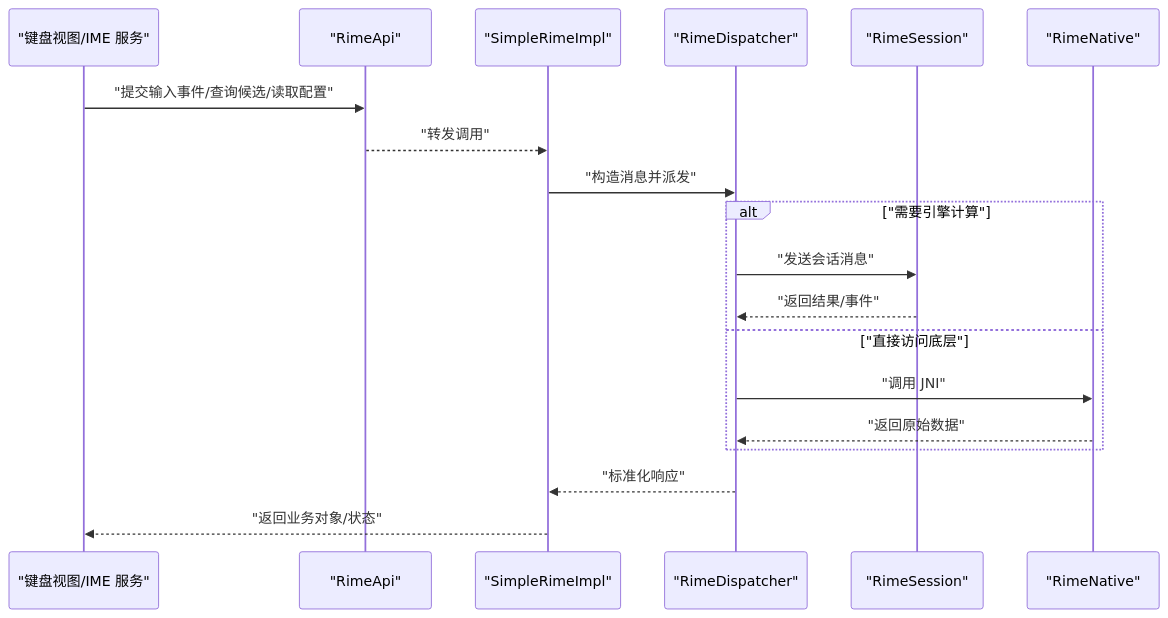
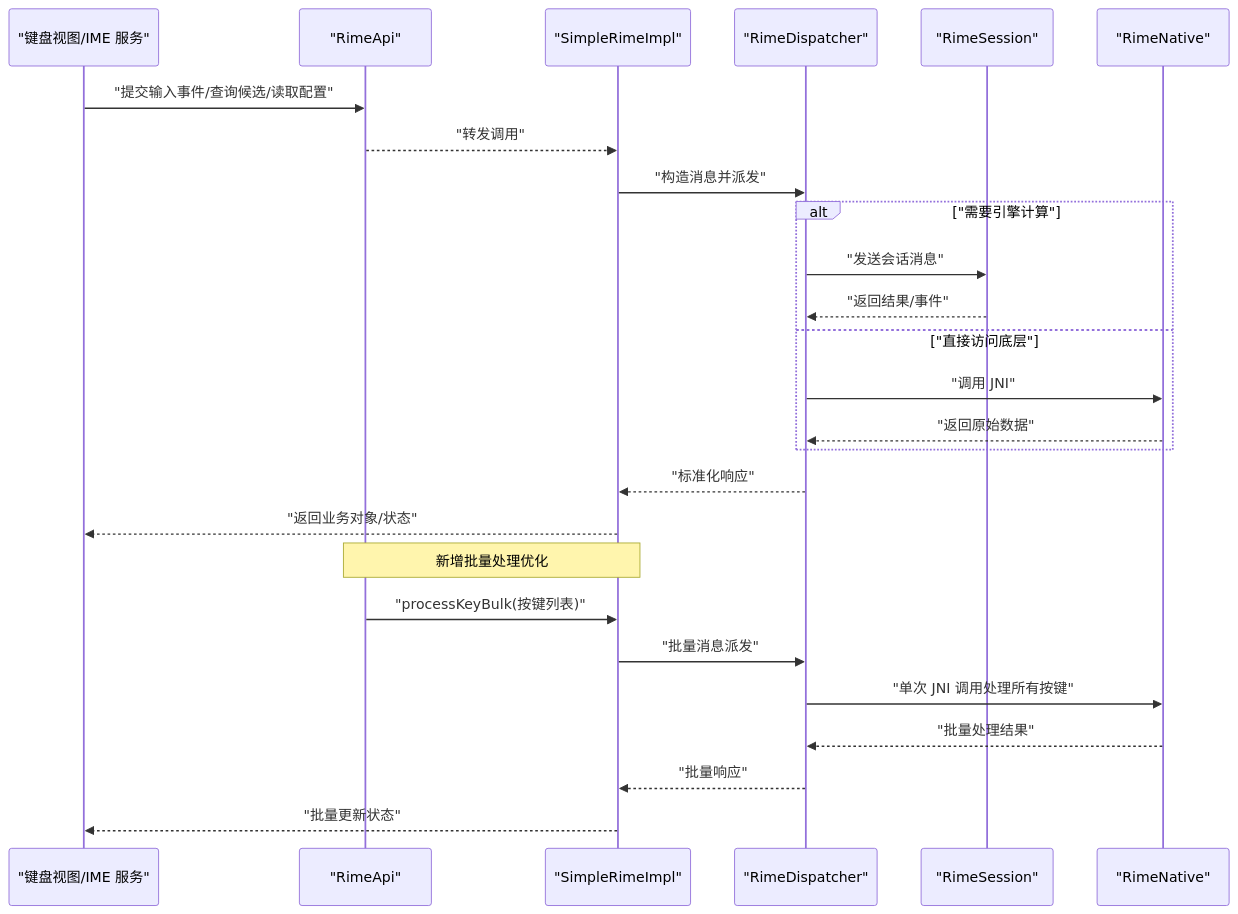
One commit to qiaodashaoye/ziyou-ime changed the second of 3 diagrams in .qoder/repowiki/zh/content/架构设计/分层架构设计/业务逻辑层/Rime API 接口设计.md. Above: the diagram before and after it, drawn with Mermaid. The commit also changed other lines of this file and 7 other files, not shown here.

````diff
--- a/.qoder/repowiki/zh/content/架构设计/分层架构设计/业务逻辑层/Rime API 接口设计.md
+++ b/.qoder/repowiki/zh/content/架构设计/分层架构设计/业务逻辑层/Rime API 接口设计.md
@@ -122,21 +132,28 @@
 ```mermaid
 sequenceDiagram
 participant UI as "键盘视图/IME 服务"
 participant API as "RimeApi"
 participant IMPL as "SimpleRimeImpl"
 participant DISP as "RimeDispatcher"
 participant SESS as "RimeSession"
 participant NATIVE as "RimeNative"
 UI->>API : "提交输入事件/查询候选/读取配置"
 API-->>IMPL : "转发调用"
 IMPL->>DISP : "构造消息并派发"
 alt "需要引擎计算"
 DISP->>SESS : "发送会话消息"
 SESS-->>DISP : "返回结果/事件"
 else "直接访问底层"
 DISP->>NATIVE : "调用 JNI"
 NATIVE-->>DISP : "返回原始数据"
 end
 DISP-->>IMPL : "标准化响应"
 IMPL-->>UI : "返回业务对象/状态"
+Note over API,IMPL : 新增批量处理优化
+API->>IMPL : "processKeyBulk(按键列表)"
+IMPL->>DISP : "批量消息派发"
+DISP->>NATIVE : "单次 JNI 调用处理所有按键"
+NATIVE-->>DISP : "批量处理结果"
+DISP-->>IMPL : "批量响应"
+IMPL-->>UI : "批量更新状态"
 ```
````
